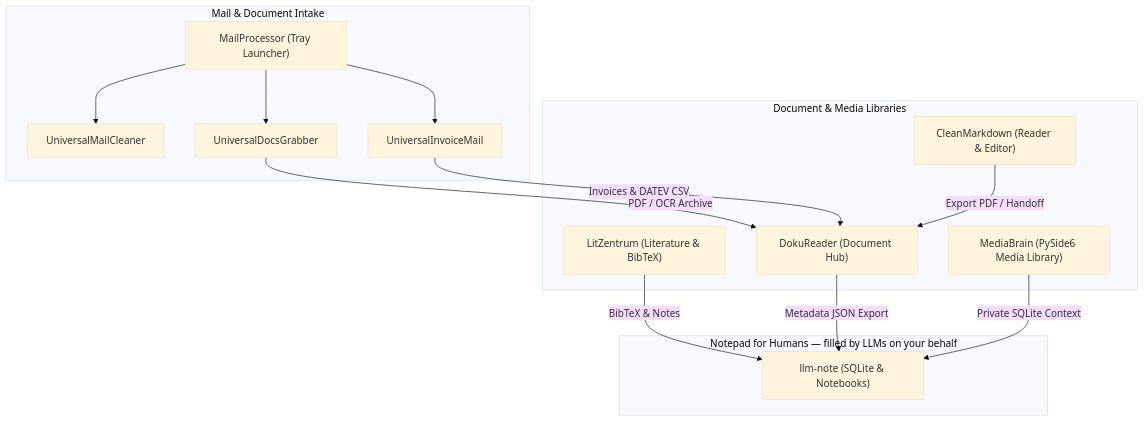
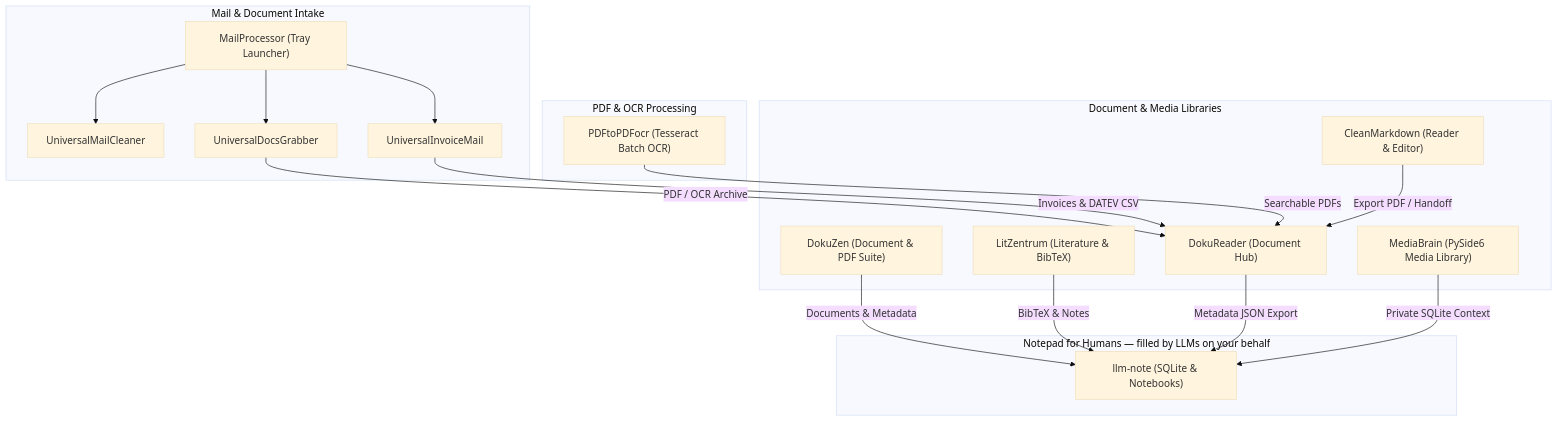
Before and after one commit to doc-bricks/.github: the diagram in profile/README.md, drawn with Mermaid (base theme). The commit also changed other lines of this file and 4 other files, not shown here.

Commit message:
docs(profile): update doc-bricks public index and showcase with DokuZen and PDFtoPDFocr (2026-09-07)

````diff
--- a/profile/README.md
+++ b/profile/README.md
@@ -32,26 +32,33 @@
 ```mermaid
 graph TD
     subgraph Intake ["Mail & Document Intake"]
         MP["MailProcessor (Tray Launcher)"] --> UMC["UniversalMailCleaner"]
         MP --> UDG["UniversalDocsGrabber"]
         MP --> UIM["UniversalInvoiceMail"]
     end
 
     subgraph Library ["Document & Media Libraries"]
         DR["DokuReader (Document Hub)"]
+        DZ["DokuZen (Document & PDF Suite)"]
         CM["CleanMarkdown (Reader & Editor)"]
         LZ["LitZentrum (Literature & BibTeX)"]
         MB["MediaBrain (PySide6 Media Library)"]
+    end
+
+    subgraph Processing ["PDF & OCR Processing"]
+        PPO["PDFtoPDFocr (Tesseract Batch OCR)"]
     end
 
     subgraph HumanNotes ["Notepad for Humans — filled by LLMs on your behalf"]
         LN["llm-note (SQLite & Notebooks)"]
     end
 
     UDG -->|"PDF / OCR Archive"| DR
     UIM -->|"Invoices & DATEV CSV"| DR
+    PPO -->|"Searchable PDFs"| DR
+    DZ -->|"Documents & Metadata"| LN
     CM -->|"Export PDF / Handoff"| DR
     LZ -->|"BibTeX & Notes"| LN
     DR -->|"Metadata JSON Export"| LN
     MB -->|"Private SQLite Context"| LN
 ```
````
